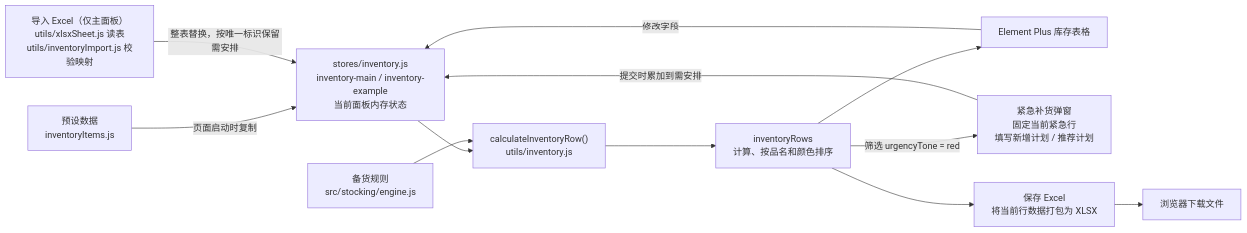
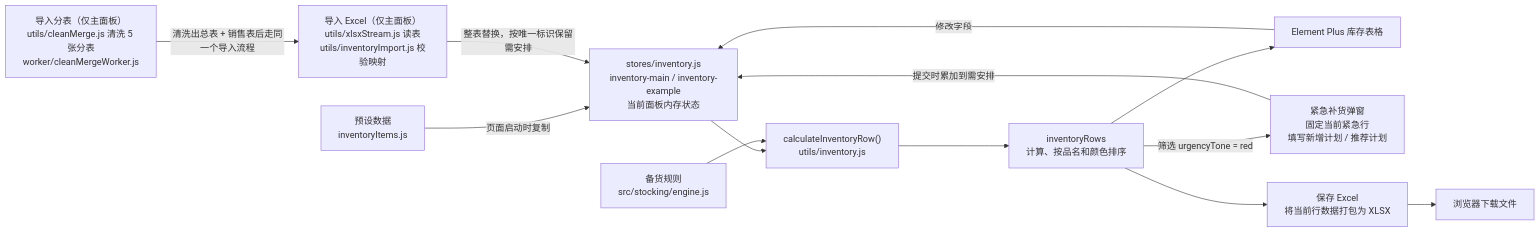
Before and after one commit to HugoCosette/kucunyujing: the second of 2 diagrams in 项目架构图.md, drawn with Mermaid. The commit also changed other lines of this file and 31 other files, not shown here.

````diff
--- a/项目架构图.md
+++ b/项目架构图.md
@@ -54,24 +54,26 @@
 ```mermaid
 flowchart LR
     Seed["预设数据<br/>inventoryItems.js"]
     State["stores/inventory.js<br/>inventory-main / inventory-example<br/>当前面板内存状态"]
     Rules["备货规则<br/>src/stocking/engine.js"]
     Calc["calculateInventoryRow()<br/>utils/inventory.js"]
     Rows["inventoryRows<br/>计算、按品名和颜色排序"]
     Table["Element Plus 库存表格"]
     Urgent["紧急补货弹窗<br/>固定当前紧急行<br/>填写新增计划 / 推荐计划"]
     Export["保存 Excel<br/>将当前行数据打包为 XLSX"]
-    Import["导入 Excel（仅主面板）<br/>utils/xlsxSheet.js 读表<br/>utils/inventoryImport.js 校验映射"]
+    Import["导入 Excel（仅主面板）<br/>utils/xlsxStream.js 读表<br/>utils/inventoryImport.js 校验映射"]
+    Split["导入分表（仅主面板）<br/>utils/cleanMerge.js 清洗 5 张分表<br/>worker/cleanMergeWorker.js"]
     Download["浏览器下载文件"]
 
     Seed -->|"页面启动时复制"| State
     State --> Calc
     Rules --> Calc
     Calc --> Rows
     Rows --> Table
     Rows -->|"筛选 urgencyTone = red"| Urgent
     Table -->|"修改字段"| State
     Urgent -->|"提交时累加到需安排"| State
     Import -->|"整表替换，按唯一标识保留需安排"| State
+    Split -->|"清洗出总表 + 销售表后走同一个导入流程"| Import
     Rows --> Export --> Download
 ```
````
